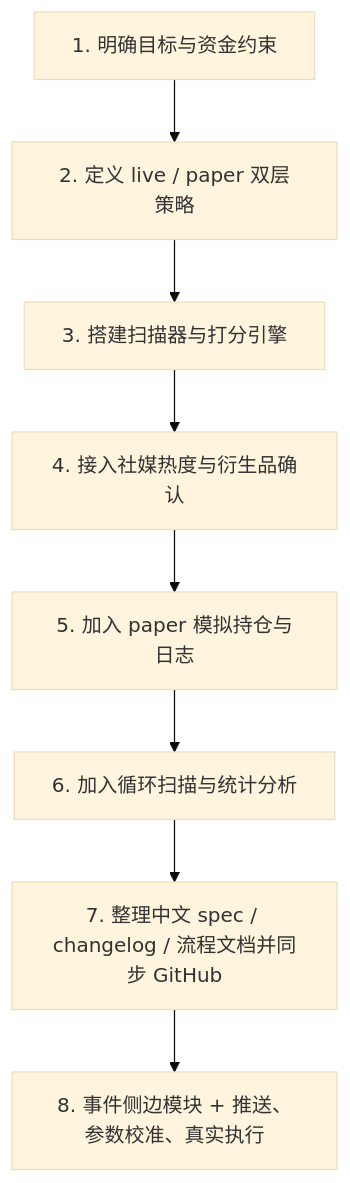
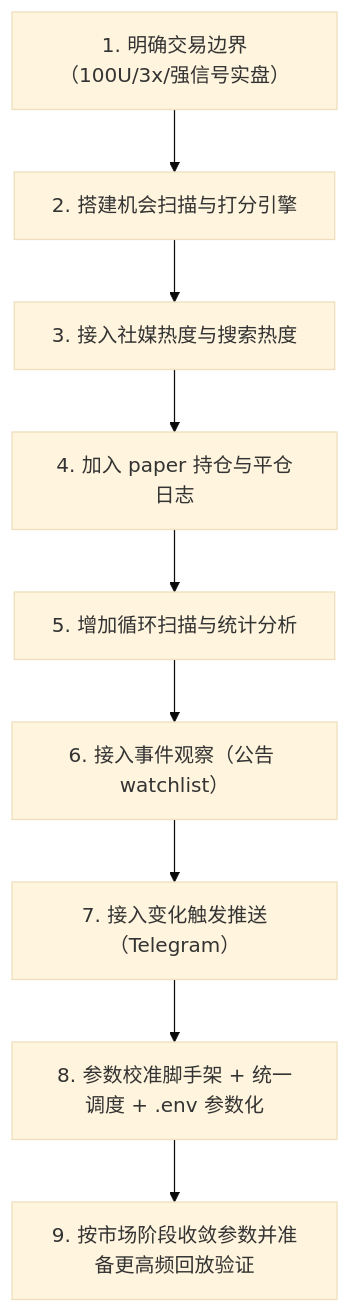
The diagram in PROCESS_FLOW.md (boboligmail/perp_opportunity_agent), drawn with Mermaid (base theme) before and after one commit. The commit also changed other lines of this file and 10 other files, not shown here.

````diff
--- a/PROCESS_FLOW.md
+++ b/PROCESS_FLOW.md
@@ -10,10 +9,11 @@
 ```mermaid
 flowchart TD
-    A["1. 明确目标与资金约束"] --> B["2. 定义 live / paper 双层策略"]
-    B --> C["3. 搭建扫描器与打分引擎"]
-    C --> D["4. 接入社媒热度与衍生品确认"]
-    D --> E["5. 加入 paper 模拟持仓与日志"]
-    E --> F["6. 加入循环扫描与统计分析"]
-    F --> G["7. 整理中文 spec / changelog / 流程文档并同步 GitHub"]
-    G --> H["8. 事件侧边模块 + 推送、参数校准、真实执行"]
+    A["1. 明确交易边界（100U/3x/强信号实盘）"] --> B["2. 搭建机会扫描与打分引擎"]
+    B --> C["3. 接入社媒热度与搜索热度"]
+    C --> D["4. 加入 paper 持仓与平仓日志"]
+    D --> E["5. 增加循环扫描与统计分析"]
+    E --> F["6. 接入事件观察（公告 watchlist）"]
+    F --> G["7. 接入变化触发推送（Telegram）"]
+    G --> H["8. 参数校准脚手架 + 统一调度 + .env 参数化"]
+    H --> I["9. 按市场阶段收敛参数并准备更高频回放验证"]
 ```
````
